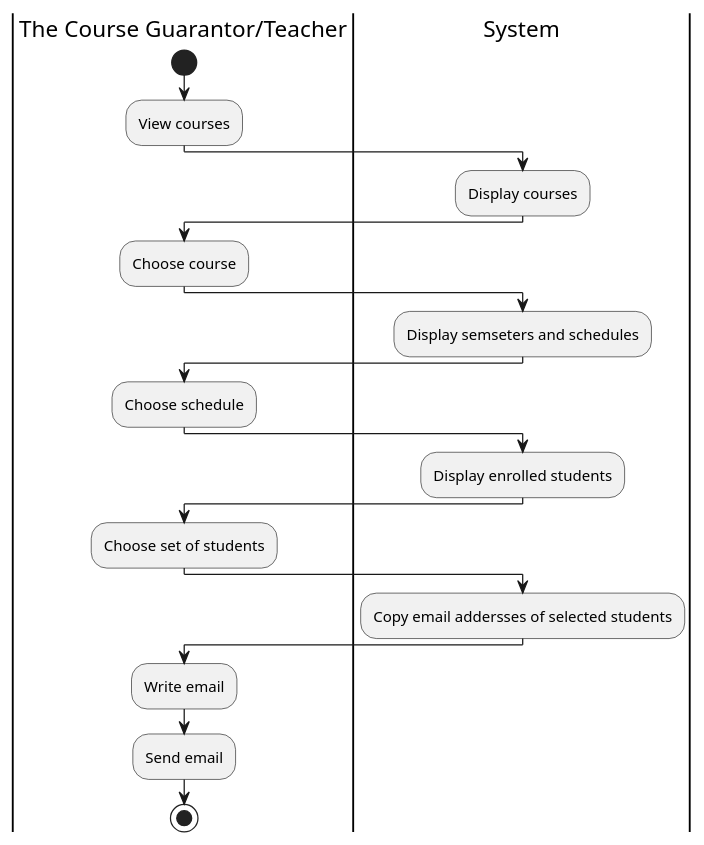
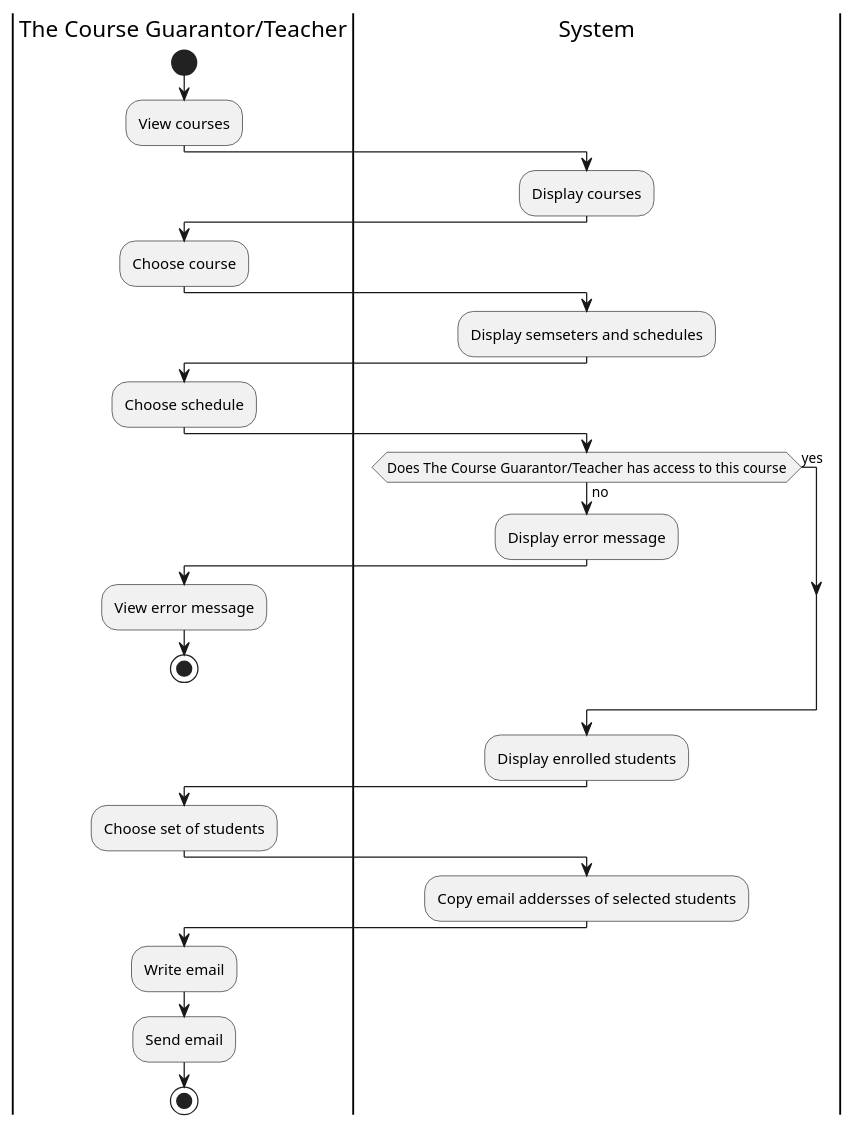
One commit to matejsubrt/uvod-sw-inz changed the fourth of 6 diagrams in seminar-work-template.md. Above: the diagram before and after it, drawn with PlantUML.

Commit message:
update Sending Email Messages to Students

````diff
--- a/seminar-work-template.md
+++ b/seminar-work-template.md
@@ -305,28 +305,37 @@
 ```plantuml
 @startuml
 |The Course Guarantor/Teacher|
 start
 
 :View courses;
 |System|
 :Display courses;
 |The Course Guarantor/Teacher|
 :Choose course;
 |System|
 :Display semseters and schedules;
 |The Course Guarantor/Teacher|
 :Choose schedule;
 |System|
+if(Does The Course Guarantor/Teacher has access to this course) then (no)
+    |System|
+    :Display error message;
+    |The Course Guarantor/Teacher|
+    :View error message;
+    stop
+else (yes)
+endif
+|System|
 :Display enrolled students;
 |The Course Guarantor/Teacher|
 :Choose set of students;
 |System|
 :Copy email addersses of selected students;
 |The Course Guarantor/Teacher|
 :Write email;
 |The Course Guarantor/Teacher|
 :Send email;
 stop
 
 @enduml
 ```
````
